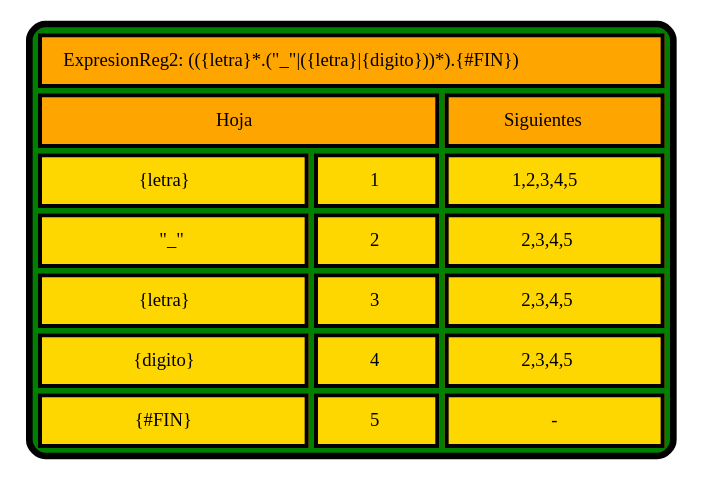
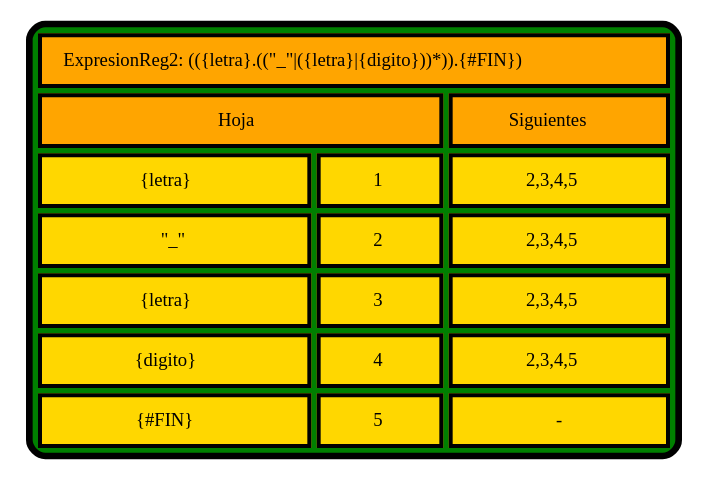
Before and after one commit to PikaGuty/OLC1_Proyecto1_202004765: the diagram in SIGUIENTES_202004765/TablaSig_ExpresionReg2.dot, drawn with Graphviz. The commit also changed 49 other files, not shown here.

```diff
--- a/SIGUIENTES_202004765/TablaSig_ExpresionReg2.dot
+++ b/SIGUIENTES_202004765/TablaSig_ExpresionReg2.dot
@@ -1,32 +1,32 @@
 digraph G { 
   label=<
  <TABLE border="5" cellspacing="4" cellpadding="10" style="rounded" bgcolor="green" gradientangle="315">
 <TR>
-<TD border="3"  colspan="4" bgcolor="orange">ExpresionReg2: (({letra}*.("_"|({letra}|{digito}))*).{#FIN})</TD>
+<TD border="3"  colspan="4" bgcolor="orange">ExpresionReg2: (({letra}.(("_"|({letra}|{digito}))*)).{#FIN})</TD>
 </TR><TR>
 <TD border="3"  colspan="2" bgcolor="orange">Hoja</TD>
 <TD border="3"  colspan="2" bgcolor="orange">Siguientes</TD>
 </TR><TR>
 <TD border="3"  bgcolor="gold">{letra}</TD>
 <TD border="3"  bgcolor="gold">1</TD>
-<TD border="3"  colspan="2" bgcolor="gold">1,2,3,4,5</TD>
+<TD border="3"  colspan="2" bgcolor="gold">2,3,4,5</TD>
 </TR><TR>
 <TD border="3"  bgcolor="gold">"_"</TD>
 <TD border="3"  bgcolor="gold">2</TD>
 <TD border="3"  colspan="2" bgcolor="gold">2,3,4,5</TD>
 </TR><TR>
 <TD border="3"  bgcolor="gold">{letra}</TD>
 <TD border="3"  bgcolor="gold">3</TD>
 <TD border="3"  colspan="2" bgcolor="gold">2,3,4,5</TD>
 </TR><TR>
 <TD border="3"  bgcolor="gold">{digito}</TD>
 <TD border="3"  bgcolor="gold">4</TD>
 <TD border="3"  colspan="2" bgcolor="gold">2,3,4,5</TD>
 </TR><TR>
 <TD border="3"  bgcolor="gold">{#FIN}</TD>
 <TD border="3"  bgcolor="gold">5</TD>
 <TD border="3"  colspan="2" bgcolor="gold">-</TD>
 </TR></TABLE>>
 
 
 }
```
